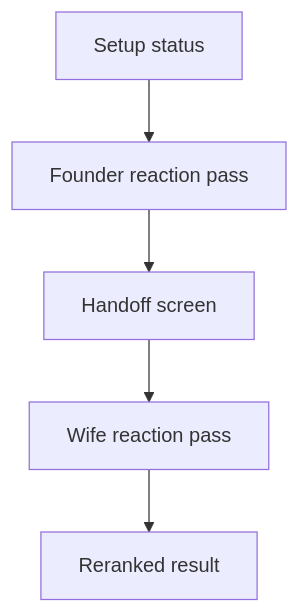
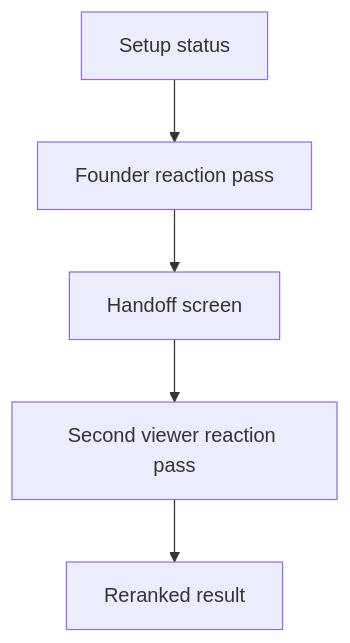
The diagram in docs/architecture/mobile-pass-the-phone-wizard.md (czzzry/watchsignal), drawn with Mermaid before and after one commit. The commit also changed 23 other files, not shown here.

````diff
--- a/docs/architecture/mobile-pass-the-phone-wizard.md
+++ b/docs/architecture/mobile-pass-the-phone-wizard.md
@@ -10,7 +10,7 @@
 ```mermaid
 flowchart TD
     A["Setup status"] --> B["Founder reaction pass"]
     B --> C["Handoff screen"]
-    C --> D["Wife reaction pass"]
+    C --> D["Second viewer reaction pass"]
     D --> E["Reranked result"]
 ```
````
